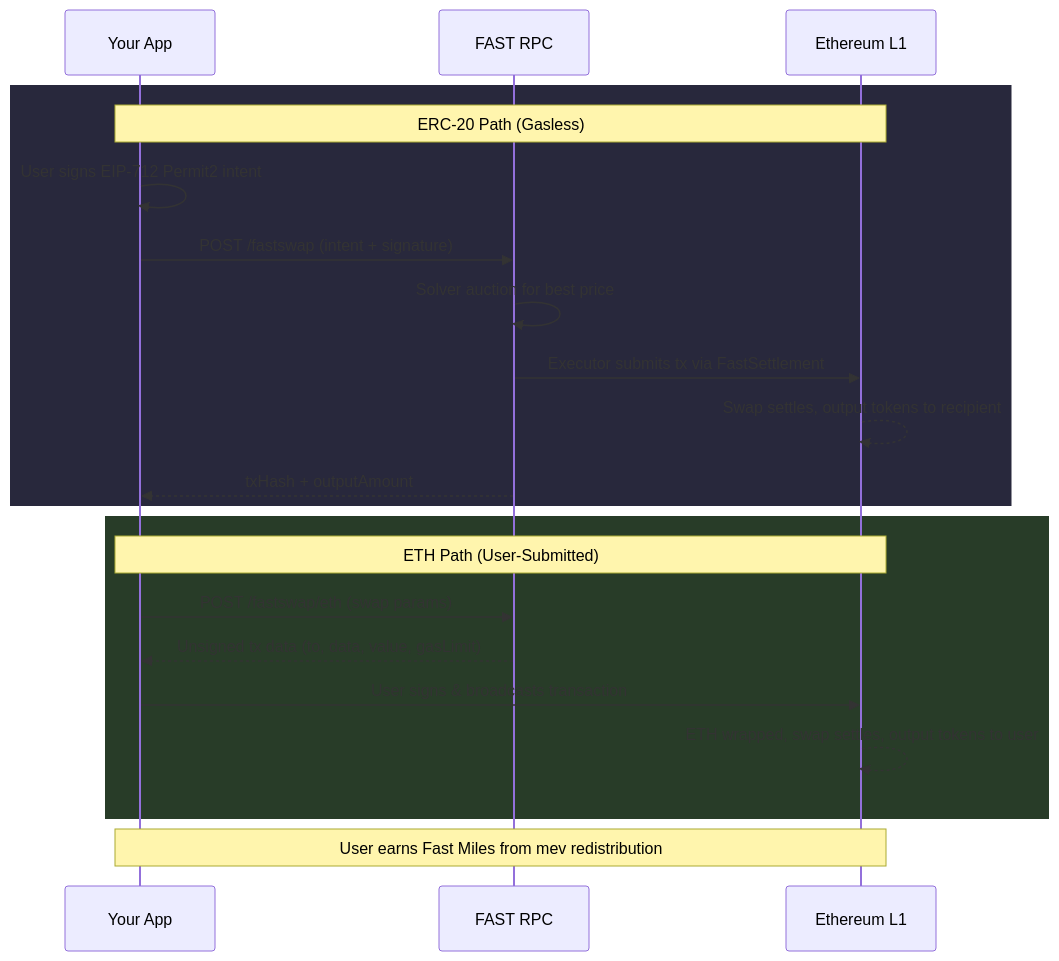
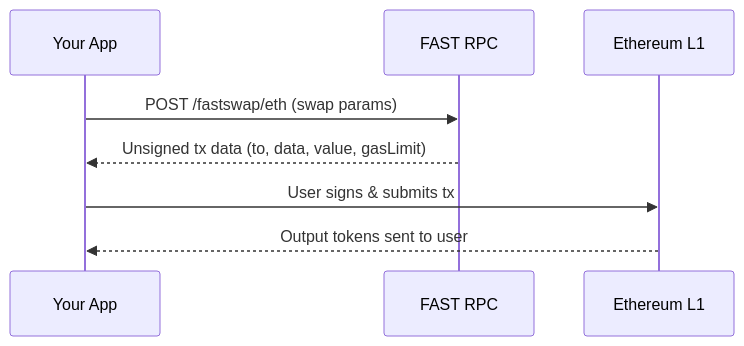
The second of 3 diagrams in v1.2.x/concepts/fast-swaps.mdx (primev/mev-commit-docs), drawn with Mermaid before and after one commit. The commit also changed other lines of this file, not shown here.

Commit message:
update integration diagram

````diff
--- a/v1.2.x/concepts/fast-swaps.mdx
+++ b/v1.2.x/concepts/fast-swaps.mdx
@@ -298,26 +314,11 @@
 ```mermaid
 sequenceDiagram
     participant App as Your App
     participant RPC as FAST RPC
     participant L1 as Ethereum L1
 
-    rect rgb(40, 40, 60)
-    Note over App,L1: ERC-20 Path (Gasless)
-    App->>App: User signs EIP-712 Permit2 intent
-    App->>RPC: POST /fastswap (intent + signature)
-    RPC->>RPC: Solver auction for best price
-    RPC->>L1: Executor submits tx via FastSettlement
-    L1-->>L1: Swap settles, output tokens to recipient
-    RPC-->>App: txHash + outputAmount
-    end
-
-    rect rgb(40, 60, 40)
-    Note over App,L1: ETH Path (User-Submitted)
     App->>RPC: POST /fastswap/eth (swap params)
     RPC-->>App: Unsigned tx data (to, data, value, gasLimit)
-    App->>L1: User signs & broadcasts transaction
-    L1-->>L1: ETH wrapped, swap settles, output tokens to user
-    end
-
-    Note over App,L1: User earns Fast Miles from mev redistribution
+    App->>L1: User signs & submits tx
+    L1-->>App: Output tokens sent to user
 ```
````
